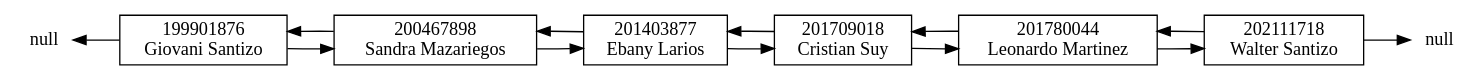
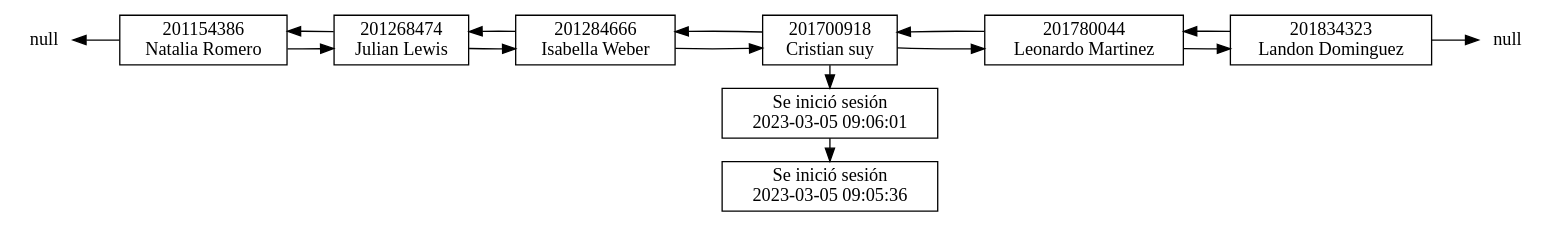
One commit to walterjav19/EDD_1S2023_PY_202111718 changed the diagram in EDD_Proyecto1_Fase1/Grafics/Lista.dot. Above: the diagram before and after it, drawn with Graphviz. The commit also changed 11 other files, not shown here.

```diff
--- a/EDD_Proyecto1_Fase1/Grafics/Lista.dot
+++ b/EDD_Proyecto1_Fase1/Grafics/Lista.dot
@@ -1,24 +1,31 @@
 digraph LinkedList {
 	rankdir=LR;
 	node [shape=box];
 	nullI [shape=none, label="null", style=bold, height=0, width=0];
 	nullF [shape=none, label="null", style=bold, height=0, width=0];
-	a199901876[label="199901876\nGiovani Santizo"]
-	a199901876->a200467898
-	nullI->a199901876[dir=back]
-			a200467898[label="200467898\nSandra Mazariegos"]
-	a200467898->a201403877
-	a200467898->a199901876
-	a201403877[label="201403877\nEbany Larios"]
-	a201403877->a201709018
-	a201403877->a200467898
-	a201709018[label="201709018\nCristian Suy"]
-	a201709018->a201780044
-	a201709018->a201403877
-	a201780044[label="201780044\nLeonardo Martinez"]
-	a201780044->a202111718
-	a201780044->a201709018
-	a202111718[label="202111718\nWalter Santizo"]
-	a202111718->a201780044
-	a202111718->nullF
+	a201154386[label="201154386\nNatalia Romero"]
+	a201154386->a201268474
+	nullI->a201154386[dir=back]
+			a201268474[label="201268474\nJulian Lewis"]
+	a201268474->a201284666
+	a201268474->a201154386
+	a201284666[label="201284666\nIsabella Weber"]
+	a201284666->a201700918
+	a201284666->a201268474
+	a201700918[label="201700918\nCristian suy"]
+	a201700918->a201780044
+	a201700918->a201284666
+	a201700918->n60
+	n60[label="Se inició sesión
+2023-03-05 09:06:01"]
+		n60->n61
+			n61[label="Se inició sesión
+2023-03-05 09:05:36"]
+		{rank=same;a201700918,n60,n61}
+a201780044[label="201780044\nLeonardo Martinez"]
+	a201780044->a201834323
+	a201780044->a201700918
+	a201834323[label="201834323\nLandon Dominguez"]
+	a201834323->a201780044
+	a201834323->nullF
 			}
```
